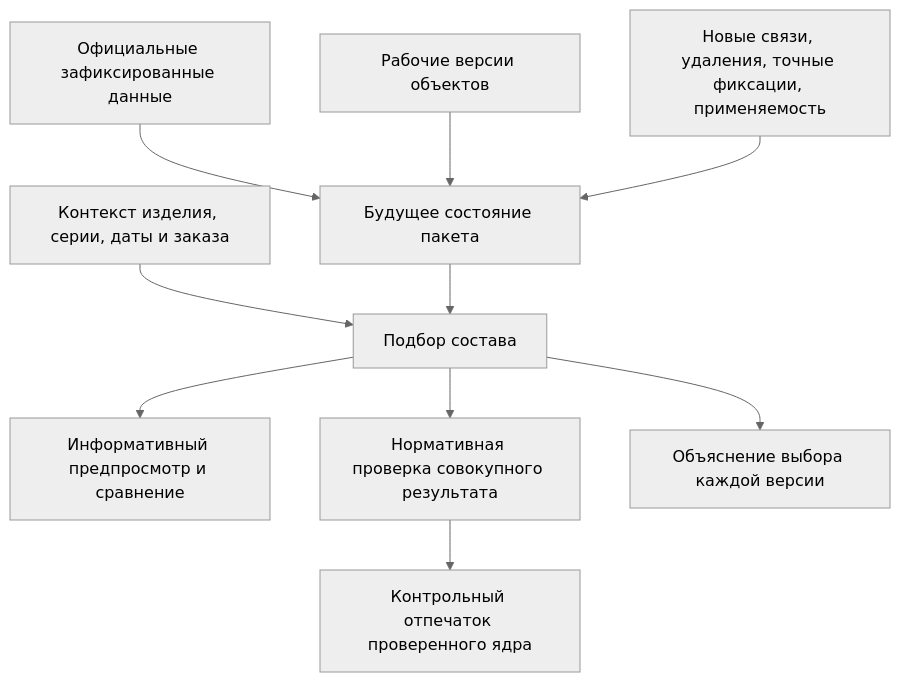
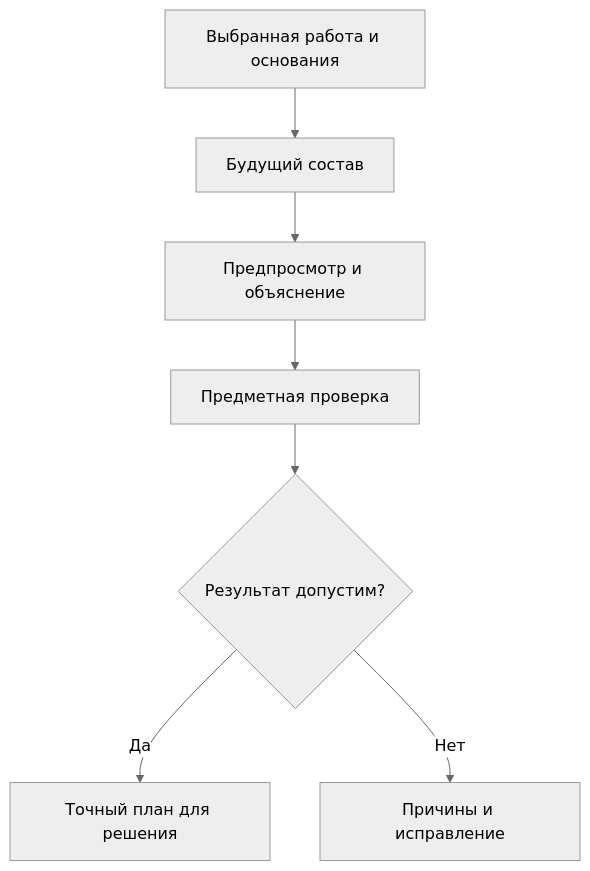
One commit to ZelAnton/Interlink-product-book changed the first of 2 diagrams in wiki/Change-package-preview.md. Above: the diagram before and after it, drawn with Mermaid (neutral theme). The commit also changed other lines of this file and 231 other files, not shown here.

````diff
--- a/wiki/Change-package-preview.md
+++ b/wiki/Change-package-preview.md
@@ -44,12 +46,9 @@
 ```mermaid
 flowchart TD
-    A["Официальные зафиксированные данные"] --> D["Будущее состояние пакета"]
-    B["Рабочие версии объектов"] --> D
-    C["Новые связи, удаления, точные фиксации, применяемость"] --> D
-    E["Контекст изделия, серии, даты и заказа"] --> F["Подбор состава"]
-    D --> F
-    F --> G["Информативный предпросмотр и сравнение"]
-    F --> H["Нормативная проверка совокупного результата"]
-    F --> I["Объяснение выбора каждой версии"]
-    H --> J["Контрольный отпечаток проверенного ядра"]
+    A["Выбранная работа и основания"] --> B["Будущий состав"]
+    B --> C["Предпросмотр и объяснение"]
+    C --> D["Предметная проверка"]
+    D --> E{"Результат допустим?"}
+    E -->|"Да"| F["Точный план для решения"]
+    E -->|"Нет"| G["Причины и исправление"]
 ```
````
